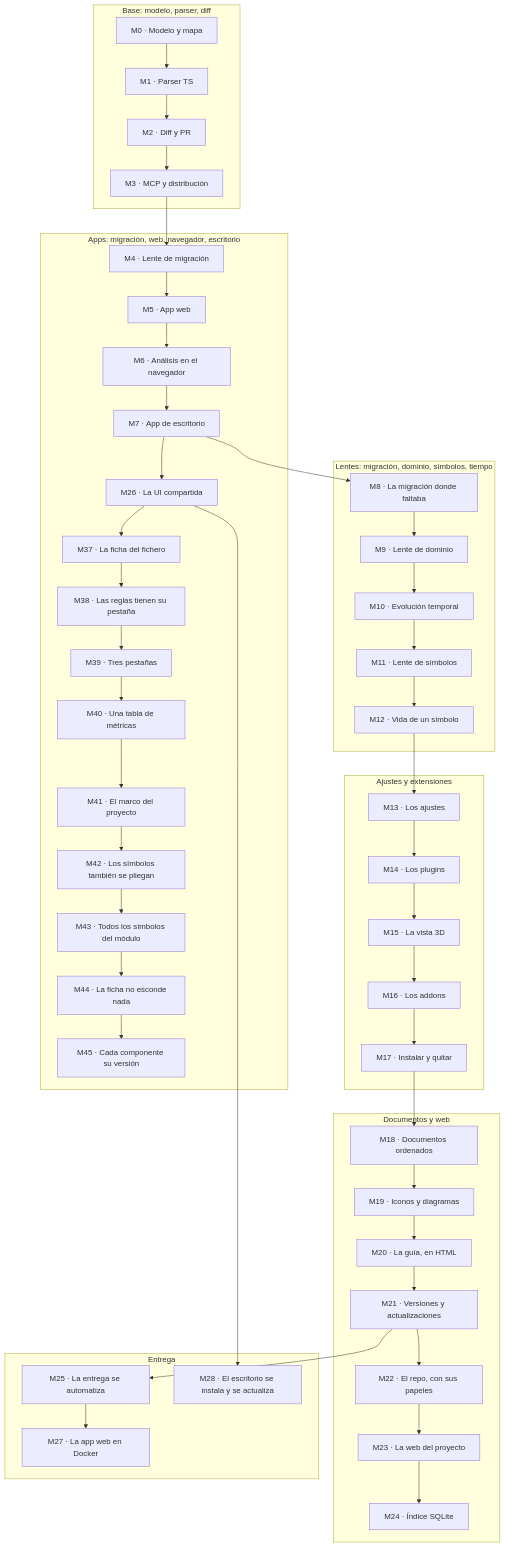
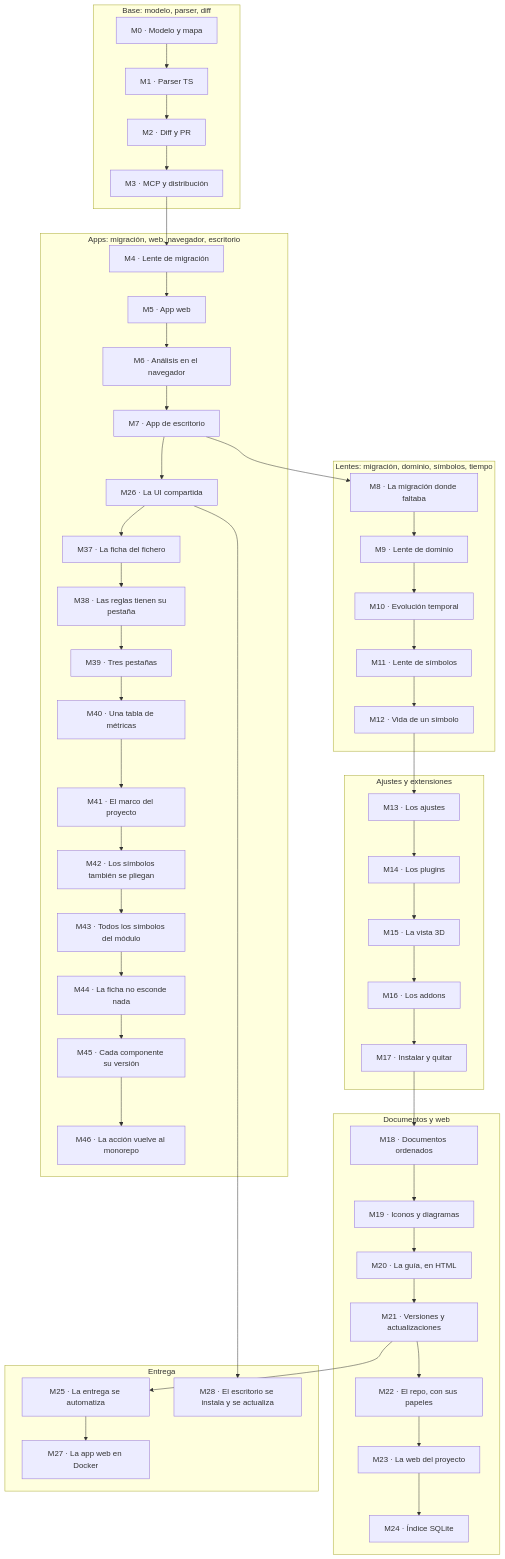
One commit to jaminsmoke/codarch changed the diagram in apps/site/docs/adr/roadmap.md. Above: the diagram before and after it, drawn with Mermaid. The commit also changed other lines of this file and 8 other files, not shown here.

````diff
--- a/apps/site/docs/adr/roadmap.md
+++ b/apps/site/docs/adr/roadmap.md
@@ -38,53 +38,54 @@
 ```mermaid
 flowchart TD
   subgraph base["Base: modelo, parser, diff"]
     M0["M0 · Modelo y mapa"] --> M1["M1 · Parser TS"]
     M1 --> M2["M2 · Diff y PR"]
     M2 --> M3["M3 · MCP y distribución"]
   end
   subgraph apps["Apps: migración, web, navegador, escritorio"]
     M4["M4 · Lente de migración"] --> M5["M5 · App web"]
     M5 --> M6["M6 · Análisis en el navegador"]
     M6 --> M7["M7 · App de escritorio"]
     M7 --> M26["M26 · La UI compartida"]
     M26 --> M37["M37 · La ficha del fichero"]
     M37 --> M38["M38 · Las reglas tienen su pestaña"]
     M38 --> M39["M39 · Tres pestañas"]
     M39 --> M40["M40 · Una tabla de métricas"]
     M40 --> M41["M41 · El marco del proyecto"]
     M41 --> M42["M42 · Los símbolos también se pliegan"]
     M42 --> M43["M43 · Todos los símbolos del módulo"]
     M43 --> M44["M44 · La ficha no esconde nada"]
     M44 --> M45["M45 · Cada componente su versión"]
+    M45 --> M46["M46 · La acción vuelve al monorepo"]
   end
   subgraph lentes["Lentes: migración, dominio, símbolos, tiempo"]
     M8["M8 · La migración donde faltaba"] --> M9["M9 · Lente de dominio"]
     M9 --> M10["M10 · Evolución temporal"]
     M10 --> M11["M11 · Lente de símbolos"]
     M11 --> M12["M12 · Vida de un símbolo"]
   end
   subgraph ext["Ajustes y extensiones"]
     M13["M13 · Los ajustes"] --> M14["M14 · Los plugins"]
     M14 --> M15["M15 · La vista 3D"]
     M15 --> M16["M16 · Los addons"]
     M16 --> M17["M17 · Instalar y quitar"]
   end
   subgraph docs["Documentos y web"]
     M18["M18 · Documentos ordenados"] --> M19["M19 · Iconos y diagramas"]
     M19 --> M20["M20 · La guía, en HTML"]
     M20 --> M21["M21 · Versiones y actualizaciones"]
     M21 --> M22["M22 · El repo, con sus papeles"]
     M22 --> M23["M23 · La web del proyecto"]
     M23 --> M24["M24 · Índice SQLite"]
   end
   subgraph delivery["Entrega"]
     M25["M25 · La entrega se automatiza"]
     M25 --> M27["M27 · La app web en Docker"]
     M26 --> M28["M28 · El escritorio se instala y se actualiza"]
   end
   M3 --> M4
   M7 --> M8
   M12 --> M13
   M17 --> M18
   M21 --> M25
 ```
````
